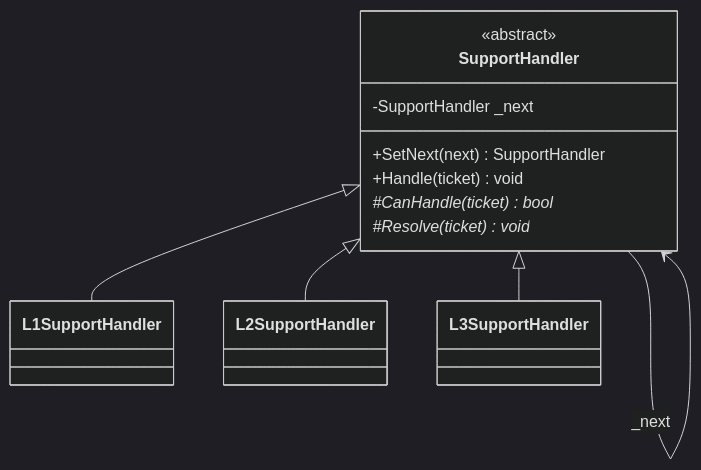
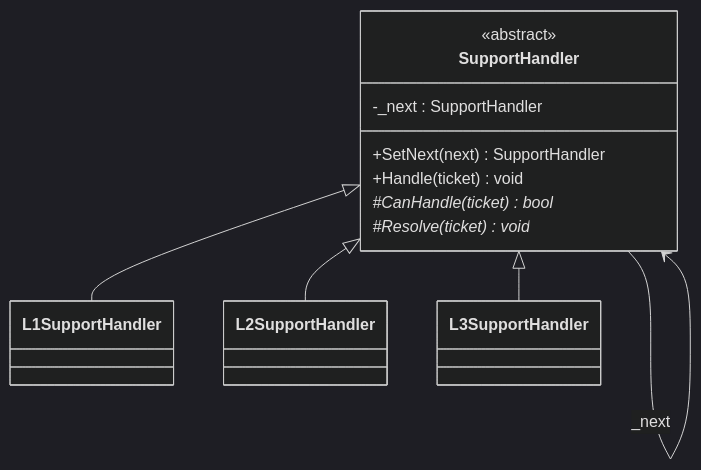
Before and after one commit to tushardongre1990/LLD-Claude: the first of 2 diagrams in 00-Foundations/04-Design-Patterns/Behavioral/ChainOfResponsibility/notes.md, drawn with Mermaid (dark theme). The commit also changed 19 other files, not shown here.

First line of the commit message:
docs(00-Foundations): fix mermaid attribute ordering to name : type

````diff
--- a/00-Foundations/04-Design-Patterns/Behavioral/ChainOfResponsibility/notes.md
+++ b/00-Foundations/04-Design-Patterns/Behavioral/ChainOfResponsibility/notes.md
@@ -10,18 +10,18 @@
 ```mermaid
 classDiagram
     class SupportHandler {
         <<abstract>>
-        -SupportHandler _next
+        -_next : SupportHandler
         +SetNext(next) SupportHandler
         +Handle(ticket) void
         #CanHandle(ticket)* bool
         #Resolve(ticket)* void
     }
     class L1SupportHandler
     class L2SupportHandler
     class L3SupportHandler
     SupportHandler <|-- L1SupportHandler
     SupportHandler <|-- L2SupportHandler
     SupportHandler <|-- L3SupportHandler
     SupportHandler --> SupportHandler : _next
 ```
````
